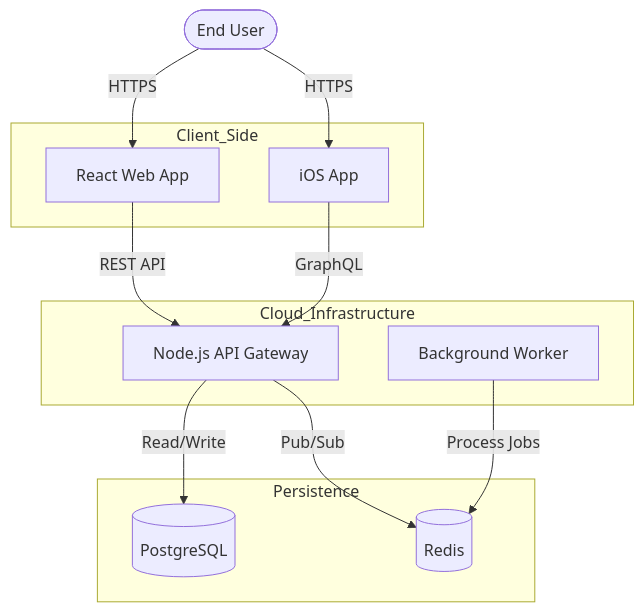
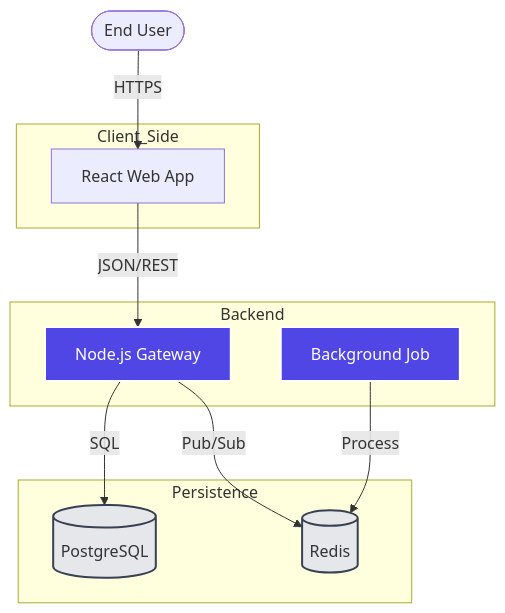
The diagram in React-Context-Standardv2/AgentSetUpProject/Context/rules/Architecture/DiagramStandard.md (serguei9090/Agentic-Governance-Framework), drawn with Mermaid before and after one commit. The commit also changed other lines of this file and 31 other files, not shown here.

Commit message:
feat: introduce comprehensive project standards covering architecture, security, testing, CI/CD, and other development domains.

````diff
--- a/React-Context-Standardv2/AgentSetUpProject/Context/rules/Architecture/DiagramStandard.md
+++ b/React-Context-Standardv2/AgentSetUpProject/Context/rules/Architecture/DiagramStandard.md
@@ -77,32 +29,35 @@
 ```mermaid
 graph TD
-    %% Actors
+    %% Config & Styling
+    classDef primary fill:#4f46e5,stroke:#fff,stroke-width:2px,color:#fff;
+    classDef storage fill:#e5e7eb,stroke:#374151,stroke-width:2px;
+
+    %% 1. Actors
     User([End User])
 
-    %% Grouping: Frontend
+    %% 2. Groups
     subgraph Client_Side
         Web[React Web App]
-        Mobile[iOS App]
     end
 
-    %% Grouping: Backend
-    subgraph Cloud_Infrastructure
-        API[Node.js API Gateway]
-        Worker[Background Worker]
+    subgraph Backend
+        API[Node.js Gateway]
+        Worker[Background Job]
     end
 
-    %% Grouping: Data
     subgraph Persistence
         DB[(PostgreSQL)]
         Cache[(Redis)]
     end
 
-    %% Connections
+    %% 3. Labeled Connections
     User -->|HTTPS| Web
-    User -->|HTTPS| Mobile
-    Web -->|REST API| API
-    Mobile -->|GraphQL| API
-    API -->|Read/Write| DB
+    Web -->|JSON/REST| API
+    API -->|SQL| DB
     API -->|Pub/Sub| Cache
-    Worker -->|Process Jobs| Cache
+    Worker -->|Process| Cache
+
+    %% 4. Apply Styles
+    class API,Worker primary;
+    class DB,Cache storage;
 ```
````
